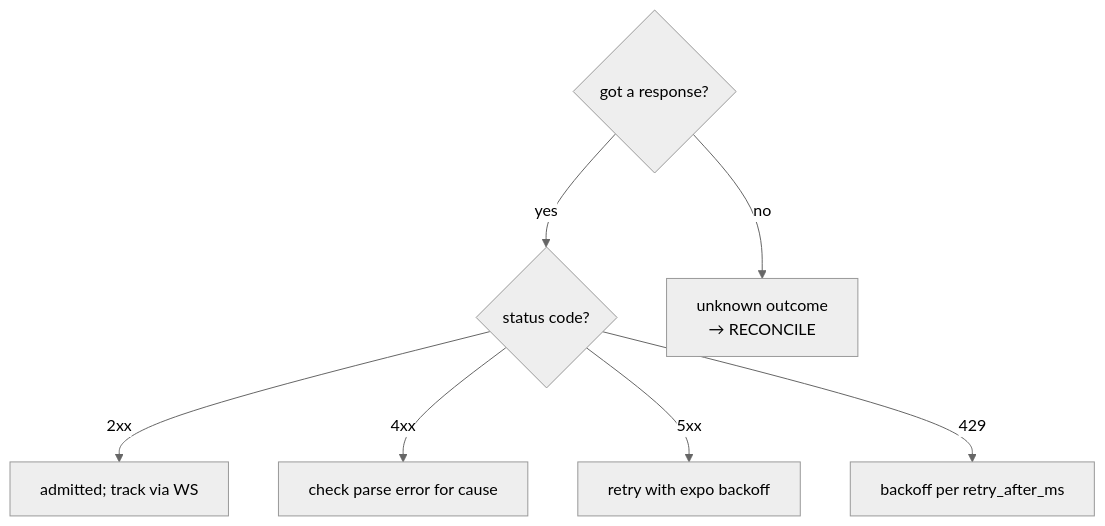
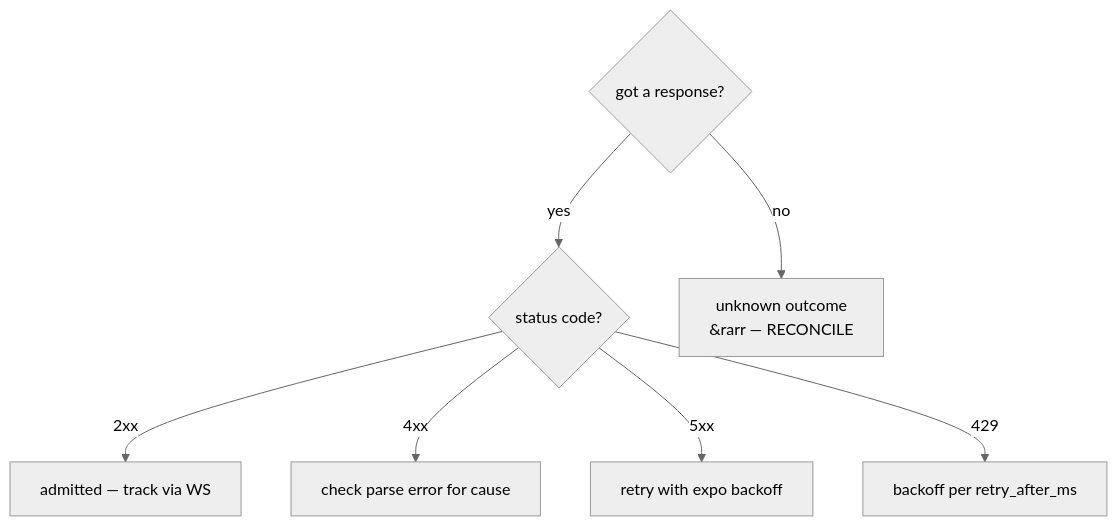
Before and after one commit to mtf-exchange/metaflux-knowledges: the second of 3 diagrams in docs/integration/error-handling.md, drawn with Mermaid (neutral theme). The commit also changed other lines of this file and 176 other files, not shown here.

First line of the commit message:
docs: split info by product, fix mermaid, drop sprint/diff wording, faster builds

````diff
--- a/docs/integration/error-handling.md
+++ b/docs/integration/error-handling.md
@@ -32,10 +32,10 @@
 ```mermaid
 flowchart TD
     G{"got a response?"}
     G -->|yes| S{"status code?"}
-    G -->|no| U["unknown outcome<br/>&rarr; RECONCILE"]
-    S -->|2xx| R2xx["admitted; track via WS"]
+    G -->|no| U["unknown outcome<br/>&rarr — RECONCILE"]
+    S -->|2xx| R2xx["admitted — track via WS"]
     S -->|4xx| R4xx["check parse error for cause"]
     S -->|5xx| R5xx["retry with expo backoff"]
     S -->|429| R429["backoff per retry_after_ms"]
 ```
````
